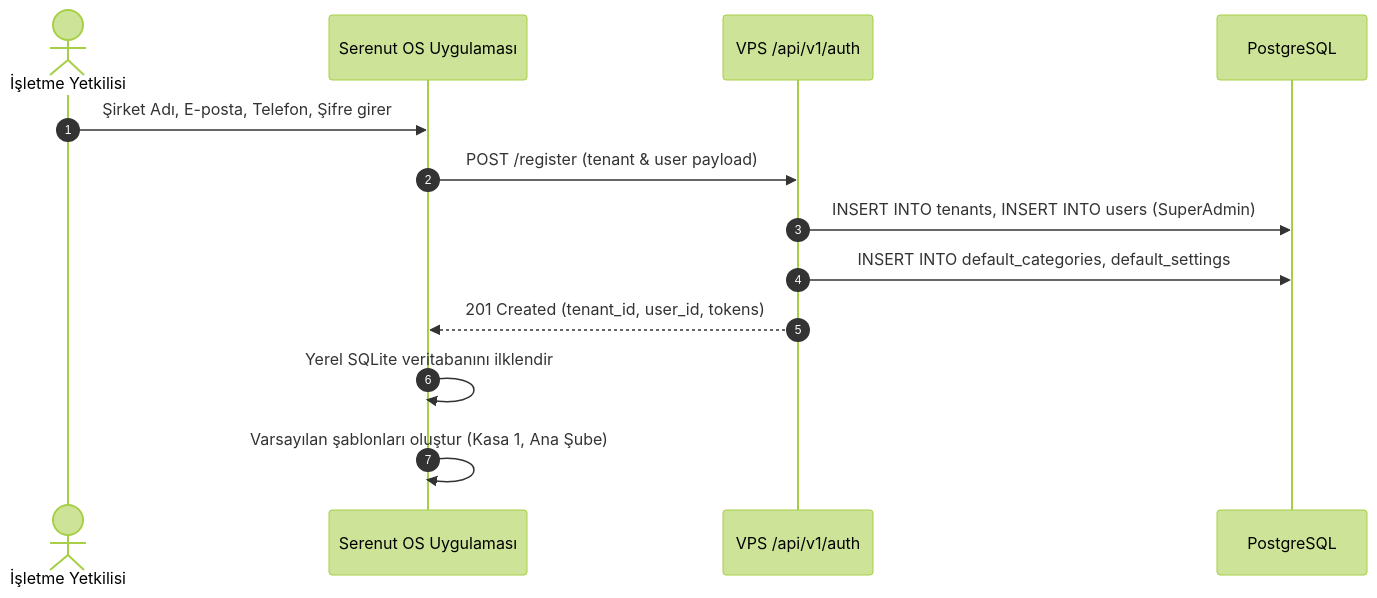
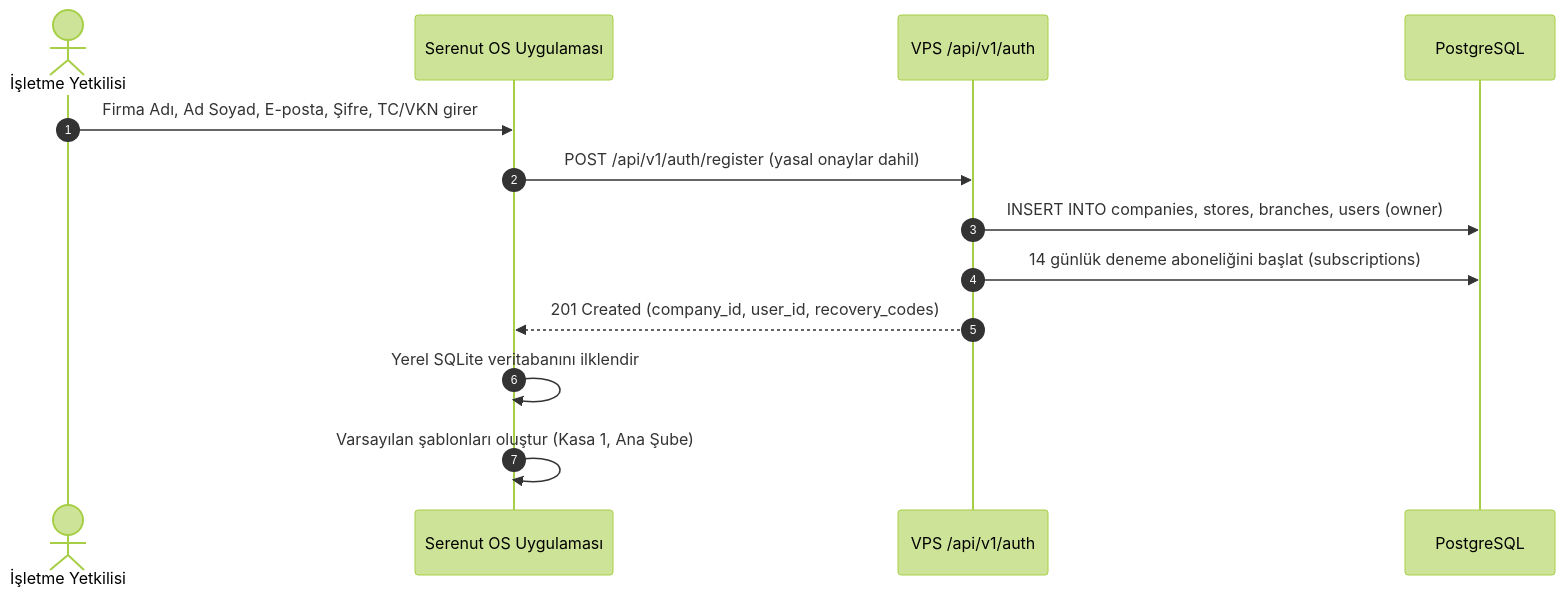
Before and after one commit to mhmtgwn/serenut: the second of 16 diagrams in docs/SERENUT_OS_MASTER_OPERATING_MANUAL.md, drawn with Mermaid (forest theme). The commit also changed other lines of this file and 321 other files, not shown here.

````diff
--- a/docs/SERENUT_OS_MASTER_OPERATING_MANUAL.md
+++ b/docs/SERENUT_OS_MASTER_OPERATING_MANUAL.md
@@ -125,16 +134,16 @@
 ```mermaid
 sequenceDiagram
     autonumber
     actor Admin as İşletme Yetkilisi
     participant App as Serenut OS Uygulaması
     participant API as VPS /api/v1/auth
     participant DB as PostgreSQL
 
-    Admin->>App: Şirket Adı, E-posta, Telefon, Şifre girer
-    App->>API: POST /register (tenant & user payload)
-    API->>DB: INSERT INTO tenants, INSERT INTO users (SuperAdmin)
-    API->>DB: INSERT INTO default_categories, default_settings
-    API-->>App: 201 Created (tenant_id, user_id, tokens)
+    Admin->>App: Firma Adı, Ad Soyad, E-posta, Şifre, TC/VKN girer
+    App->>API: POST /api/v1/auth/register (yasal onaylar dahil)
+    API->>DB: INSERT INTO companies, stores, branches, users (owner)
+    API->>DB: 14 günlük deneme aboneliğini başlat (subscriptions)
+    API-->>App: 201 Created (company_id, user_id, recovery_codes)
     App->>App: Yerel SQLite veritabanını ilklendir
     App->>App: Varsayılan şablonları oluştur (Kasa 1, Ana Şube)
 ```
````
